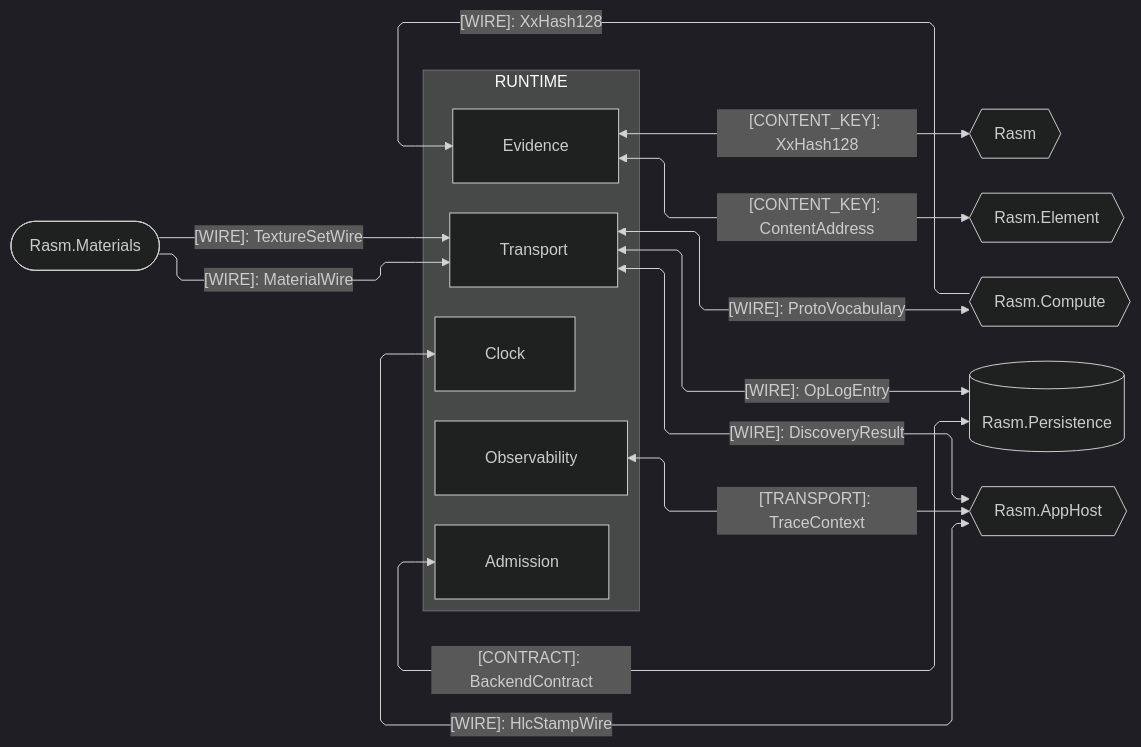
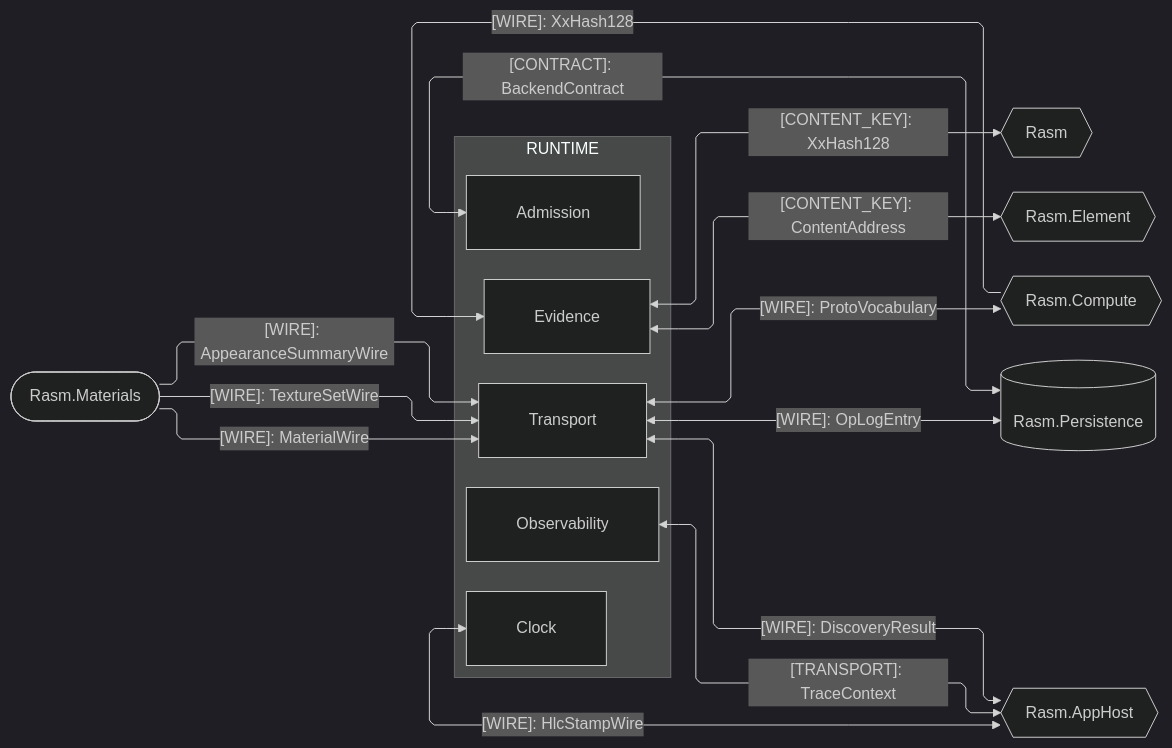
Before and after one commit to bsamiee/Rasm: the second of 3 diagrams in libs/python/runtime/ARCHITECTURE.md, drawn with Mermaid (dark theme). The commit also changed 236 other files, not shown here.

````diff
--- a/libs/python/runtime/ARCHITECTURE.md
+++ b/libs/python/runtime/ARCHITECTURE.md
@@ -124,36 +124,37 @@
 ```mermaid
 ---
 config:
   layout: elk
   flowchart:
     curve: linear
     padding: 25
 ---
 flowchart LR
     accTitle: Runtime C# platform and kernel seams
     accDescr: Runtime sub-domain owners exchanging content keys, wire codecs, gRPC transport, and clock stamps with the C# peers.
     subgraph runtime[RUNTIME]
         Evidence[Evidence]
         Admission[Admission]
         Transport[Transport]
         Observability[Observability]
         Clock[Clock]
     end
     Rasm{{Rasm}}
     Element{{Rasm.Element}}
     Compute{{Rasm.Compute}}
     Persistence[(Rasm.Persistence)]
     AppHost{{Rasm.AppHost}}
     Materials([Rasm.Materials])
     Materials e10@-->|"[WIRE]: MaterialWire"| Transport
     Materials e29@-->|"[WIRE]: TextureSetWire"| Transport
+    Materials e30@-->|"[WIRE]: AppearanceSummaryWire"| Transport
     Evidence e1@<-->|"[CONTENT_KEY]: XxHash128"| Rasm
     Evidence e2@<-->|"[CONTENT_KEY]: ContentAddress"| Element
     Compute e3@-->|"[WIRE]: XxHash128"| Evidence
     Transport e4@<-->|"[WIRE]: ProtoVocabulary"| Compute
     Transport e5@<-->|"[WIRE]: OpLogEntry"| Persistence
     Persistence e9@<-->|"[CONTRACT]: BackendContract"| Admission
     Transport e6@<-->|"[WIRE]: DiscoveryResult"| AppHost
     Observability e7@<-->|"[TRANSPORT]: TraceContext"| AppHost
     AppHost e8@<-->|"[WIRE]: HlcStampWire"| Clock
 ```
````
